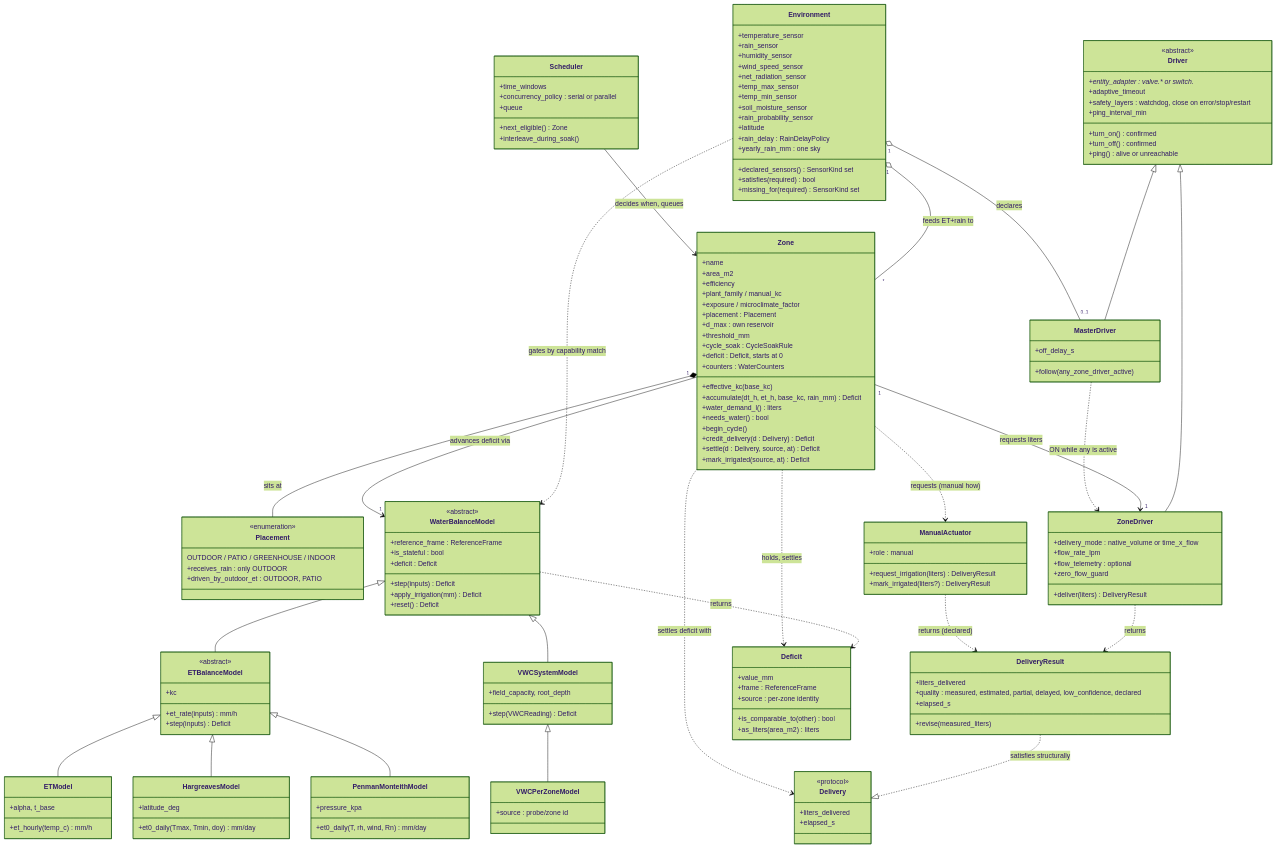
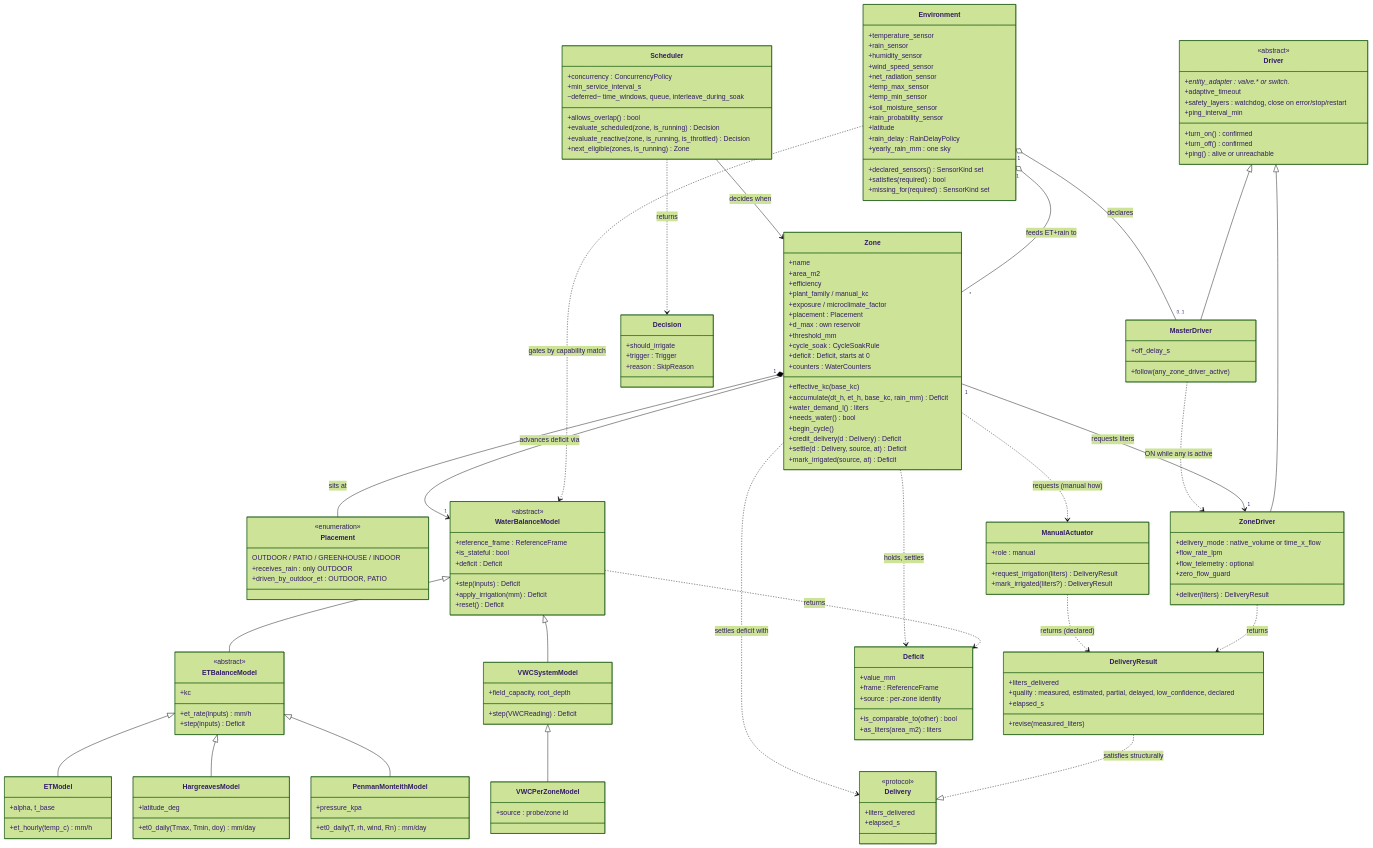
Before and after one commit to MetheLittle/NeverDry: the diagram in docs/design_domain_object_model.md, drawn with Mermaid (forest theme). The commit also changed other lines of this file and 1 other file, not shown here.

First line of the commit message:
feat(domain): give the Scheduler its own module

````diff
--- a/docs/design_domain_object_model.md
+++ b/docs/design_domain_object_model.md
@@ -161,11 +161,19 @@
     }
 
     class Scheduler {
-        +time_windows
-        +concurrency_policy : serial or parallel
-        +queue
-        +next_eligible() Zone
-        +interleave_during_soak()
+        +concurrency : ConcurrencyPolicy
+        +min_service_interval_s
+        +allows_overlap() bool
+        +evaluate_scheduled(zone, is_running) Decision
+        +evaluate_reactive(zone, is_running, is_throttled) Decision
+        +next_eligible(zones, is_running) Zone
+        ~deferred~ time_windows, queue, interleave_during_soak
+    }
+
+    class Decision {
+        +should_irrigate
+        +trigger : Trigger
+        +reason : SkipReason
     }
 
     class Driver {
@@ -275,6 +283,7 @@
     ManualActuator ..> DeliveryResult : returns (declared)
     DeliveryResult ..|> Delivery : satisfies structurally
     Zone ..> Delivery : settles deficit with
-    Scheduler --> Zone : decides when, queues
+    Scheduler --> Zone : decides when
+    Scheduler ..> Decision : returns
     MasterDriver ..> ZoneDriver : ON while any is active
 ```
````
